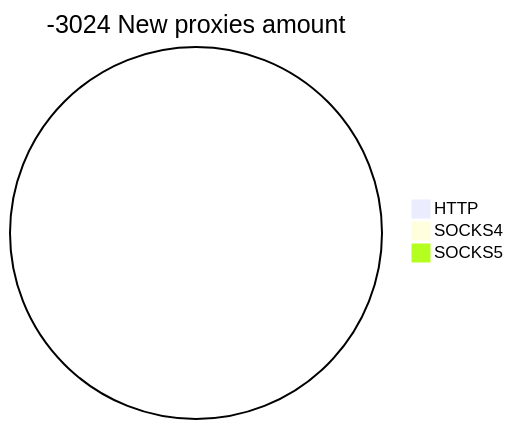
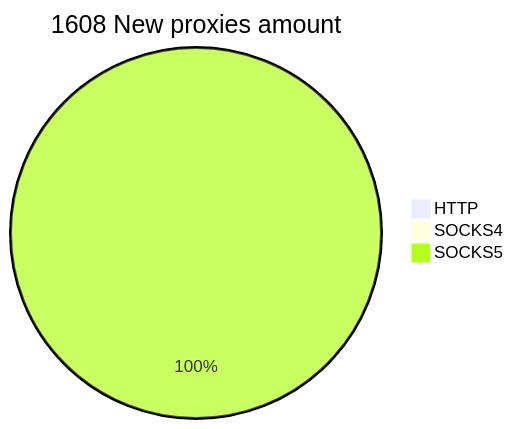
The second of 2 diagrams in README.md (cutipu/proxylist), drawn with Mermaid before and after one commit. The commit also changed other lines of this file, not shown here.

````diff
--- a/README.md
+++ b/README.md
@@ -10,6 +10,6 @@
 ```mermaid
-pie title -3024 New proxies amount
+pie title 1608 New proxies amount
     "HTTP" : 0
     "SOCKS4" : 0
-    "SOCKS5" : 0
+    "SOCKS5" : 2429
 ```
````
